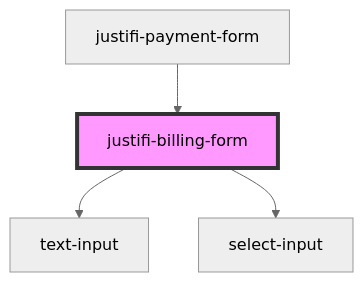
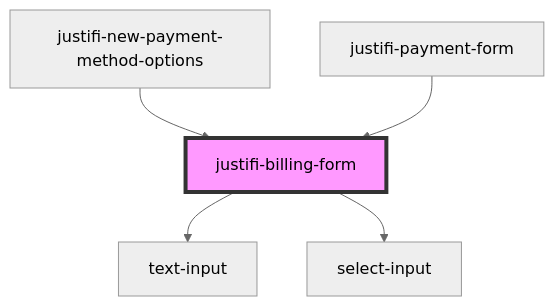
The diagram in packages/webcomponents/src/components/billing-form/readme.md (justifi-tech/web-component-library), drawn with Mermaid (neutral theme) before and after one commit. The commit also changed other lines of this file and 13 other files, not shown here.

Commit message:
refactor payment method options

````diff
--- a/packages/webcomponents/src/components/billing-form/readme.md
+++ b/packages/webcomponents/src/components/billing-form/readme.md
@@ -66,7 +67,8 @@
 ```mermaid
 graph TD;
   justifi-billing-form --> text-input
   justifi-billing-form --> select-input
+  justifi-new-payment-method-options --> justifi-billing-form
   justifi-payment-form --> justifi-billing-form
   style justifi-billing-form fill:#f9f,stroke:#333,stroke-width:4px
 ```
````
